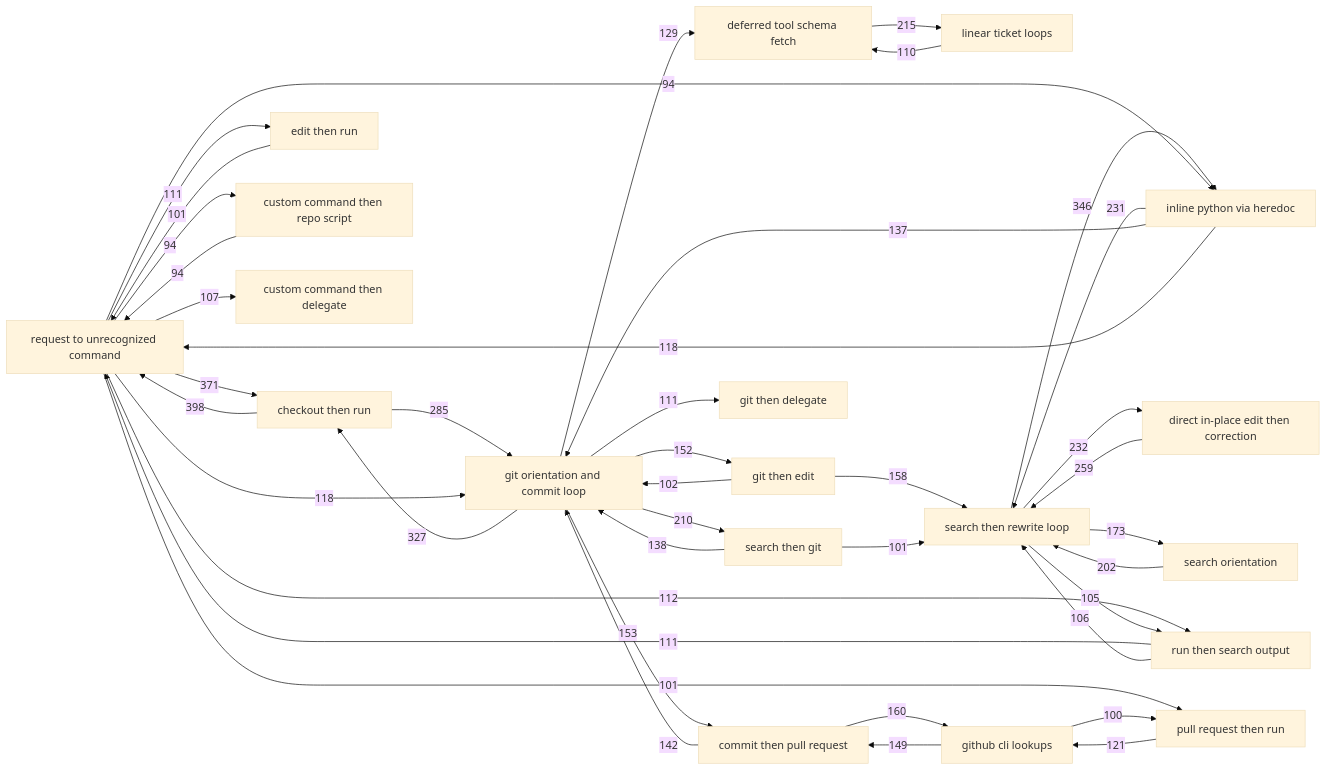
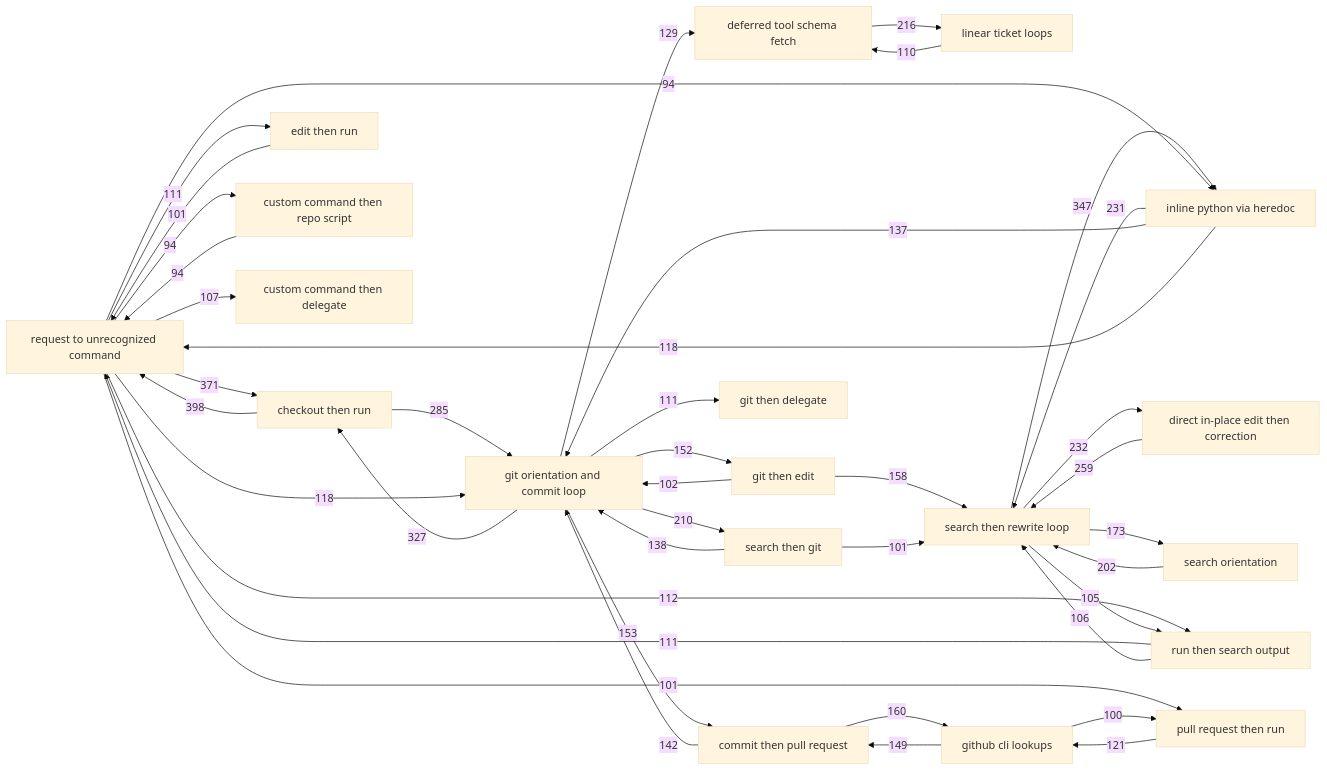
The diagram in candidates.md (aidanff/comb), drawn with Mermaid (base theme) before and after one commit. The commit also changed other lines of this file and 2 other files, not shown here.

````diff
--- a/candidates.md
+++ b/candidates.md
@@ -475,62 +475,62 @@
 ```mermaid
 graph LR
   N001["deferred tool schema fetch"]
   N002["request to unrecognized command"]
   N003["git orientation and commit loop"]
   N004["linear ticket loops"]
   N006["inline python via heredoc"]
   N007["search then rewrite loop"]
   N009["checkout then run"]
   N010["direct in-place edit then correction"]
   N012["search orientation"]
   N014["edit then run"]
   N015["github cli lookups"]
   N016["run then search output"]
   N017["git then edit"]
   N019["commit then pull request"]
   N020["custom command then repo script"]
   N023["pull request then run"]
   N028["search then git"]
   N029["custom command then delegate"]
   N037["git then delegate"]
   N009 -->|398| N002
   N002 -->|371| N009
-  N007 -->|346| N006
+  N007 -->|347| N006
   N003 -->|327| N009
   N009 -->|285| N003
   N010 -->|259| N007
   N007 -->|232| N010
   N006 -->|231| N007
-  N001 -->|215| N004
+  N001 -->|216| N004
   N003 -->|210| N028
   N012 -->|202| N007
   N007 -->|173| N012
   N019 -->|160| N015
   N017 -->|158| N007
   N003 -->|153| N019
   N003 -->|152| N017
   N015 -->|149| N019
   N019 -->|142| N003
   N028 -->|138| N003
   N006 -->|137| N003
   N003 -->|129| N001
   N023 -->|121| N015
   N002 -->|118| N003
   N006 -->|118| N002
   N002 -->|112| N016
   N002 -->|111| N014
   N003 -->|111| N037
   N016 -->|111| N002
   N004 -->|110| N001
   N002 -->|107| N029
   N016 -->|106| N007
   N007 -->|105| N016
   N017 -->|102| N003
   N002 -->|101| N023
   N014 -->|101| N002
   N028 -->|101| N007
   N015 -->|100| N023
   N002 -->|94| N006
   N002 -->|94| N020
   N020 -->|94| N002
 ```
````
